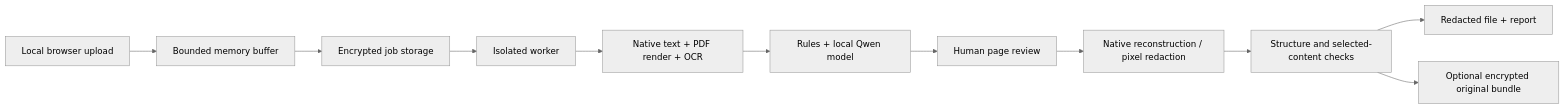
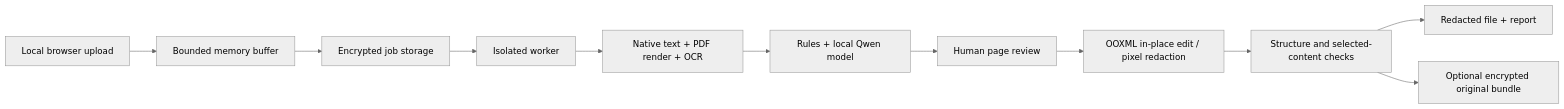
The diagram in docs/ARCHITECTURE.md (ilovemiku520/local-file-redactor), drawn with Mermaid (neutral theme) before and after one commit. The commit also changed other lines of this file and 12 other files, not shown here.

First line of the commit message:
Preserve native Word and Excel formatting during redaction

````diff
--- a/docs/ARCHITECTURE.md
+++ b/docs/ARCHITECTURE.md
@@ -7,13 +7,13 @@
 ```mermaid
 flowchart LR
     A[Local browser upload] --> B[Bounded memory buffer]
     B --> C[Encrypted job storage]
     C --> D[Isolated worker]
     D --> E[Native text + PDF render + OCR]
     E --> F[Rules + local Qwen model]
     F --> G[Human page review]
-    G --> H[Native reconstruction / pixel redaction]
+    G --> H[OOXML in-place edit / pixel redaction]
     H --> I[Structure and selected-content checks]
     I --> J[Redacted file + report]
     I --> K[Optional encrypted original bundle]
 ```
````
